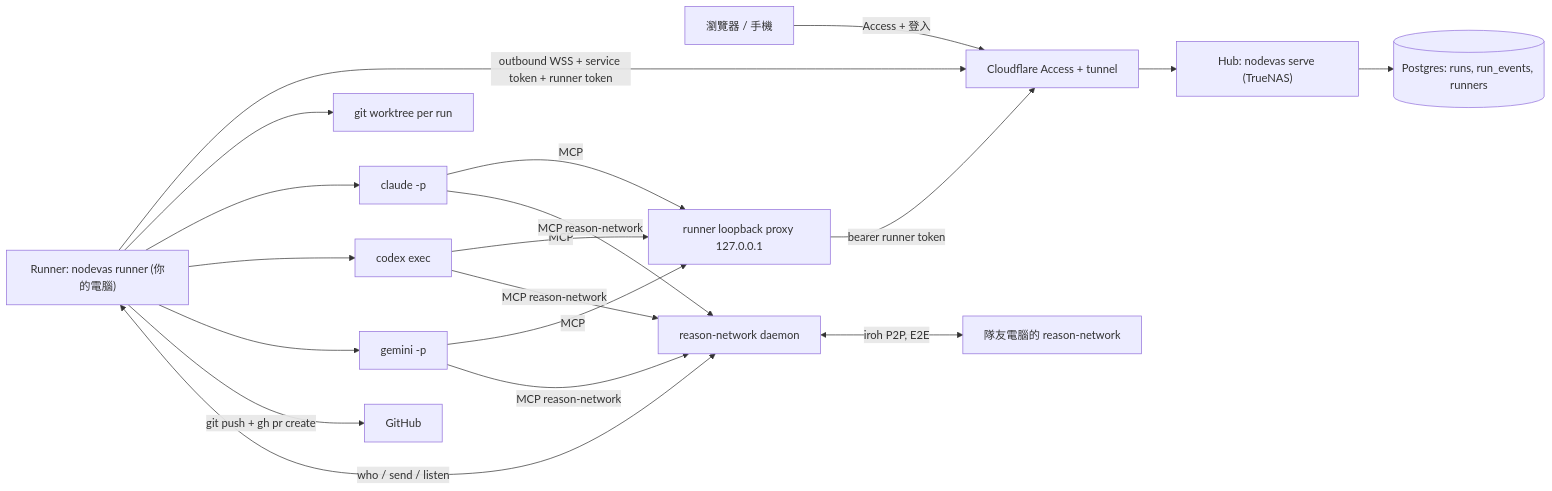
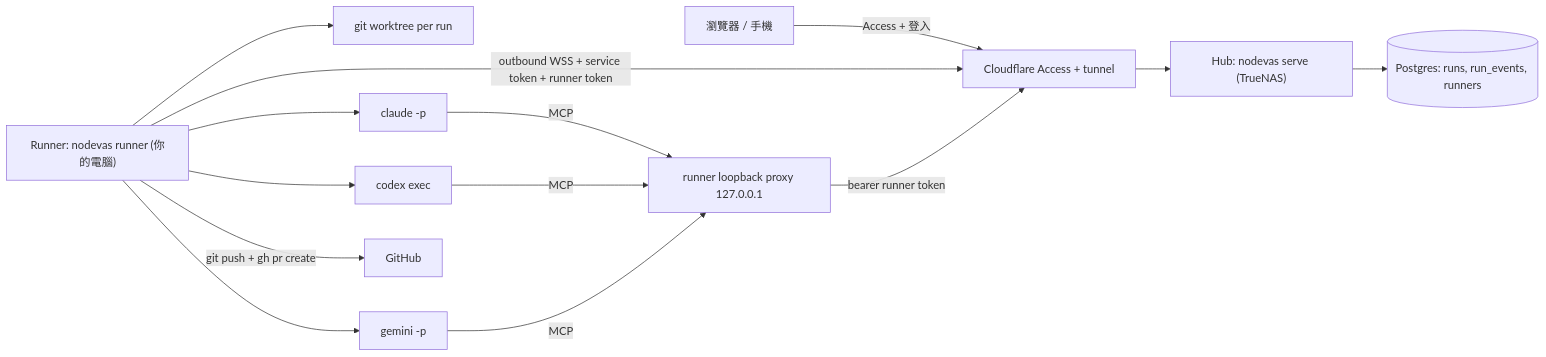
The diagram in docs/nodevas-workstation-plan.md (staphit/Nodevas), drawn with Mermaid before and after one commit. The commit also changed other lines of this file and 58 other files, not shown here.

````diff
--- a/docs/nodevas-workstation-plan.md
+++ b/docs/nodevas-workstation-plan.md
@@ -20,17 +20,14 @@
 ```mermaid
 flowchart LR
   B["瀏覽器 / 手機"] -->|Access + 登入| T["Cloudflare Access + tunnel"]
   T --> H["Hub: nodevas serve (TrueNAS)"]
   H --> DB[("Postgres: runs, run_events, runners")]
   R["Runner: nodevas runner (你的電腦)"] -->|outbound WSS + service token + runner token| T
   R --> W["git worktree per run"]
   R --> C1["claude -p"]
   R --> C2["codex exec"]
   R --> C3["gemini -p"]
   C1 & C2 & C3 -->|MCP| P["runner loopback proxy 127.0.0.1"]
   P -->|bearer runner token| T
   R -->|git push + gh pr create| GH["GitHub"]
-  R <-->|who / send / listen| RN["reason-network daemon"]
-  RN <-->|iroh P2P, E2E| RN2["隊友電腦的 reason-network"]
-  C1 & C2 & C3 -->|MCP reason-network| RN
 ```
````
